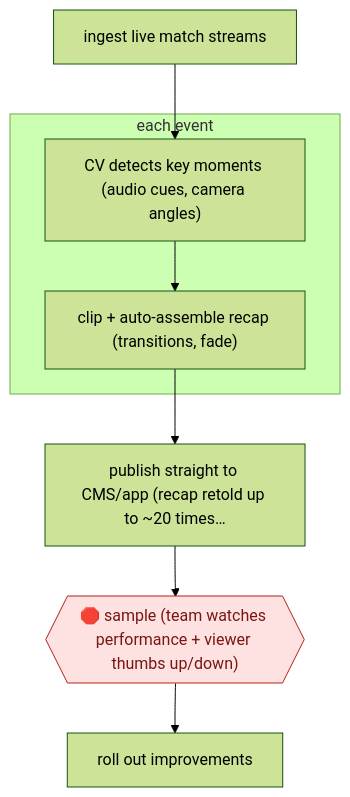
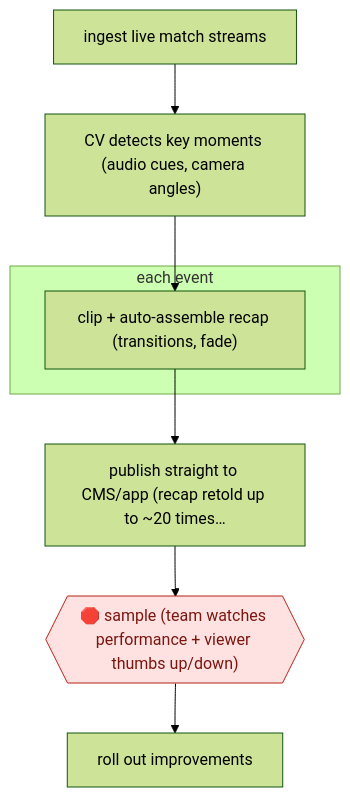
Before and after one commit to milesradford99/agent-workflow-atlas: the diagram in workflows/CRE/MED/POST/autonomous-live-recap/README.md, drawn with Mermaid (forest theme). The commit also changed other lines of this file and 171 other files, not shown here.

````diff
--- a/workflows/CRE/MED/POST/autonomous-live-recap/README.md
+++ b/workflows/CRE/MED/POST/autonomous-live-recap/README.md
@@ -31,17 +31,17 @@
 ```mermaid
 flowchart TD
   n1["ingest live match streams"]
   n2["CV detects key moments (audio cues, camera angles)"]
-  n1 --> n2
   subgraph s3["each event"]
   n4["clip + auto-assemble recap (transitions, fade)"]
-  n2 --> n4
   end
   n5["publish straight to CMS/app (recap retold up to ~20 times…"]
+  n6{{"🛑 sample (team watches performance + viewer thumbs up/down)"}}:::stop
+  n7["roll out improvements"]
+  n1 --> n2
+  n2 --> n4
   n4 --> n5
-  n6{{"🛑 sample (team watches performance + viewer thumbs up/down)"}}:::stop
   n5 --> n6
-  n7["roll out improvements"]
   n6 --> n7
   classDef stop fill:#fde2e1,stroke:#b42318,color:#7a1610
 ```
````
